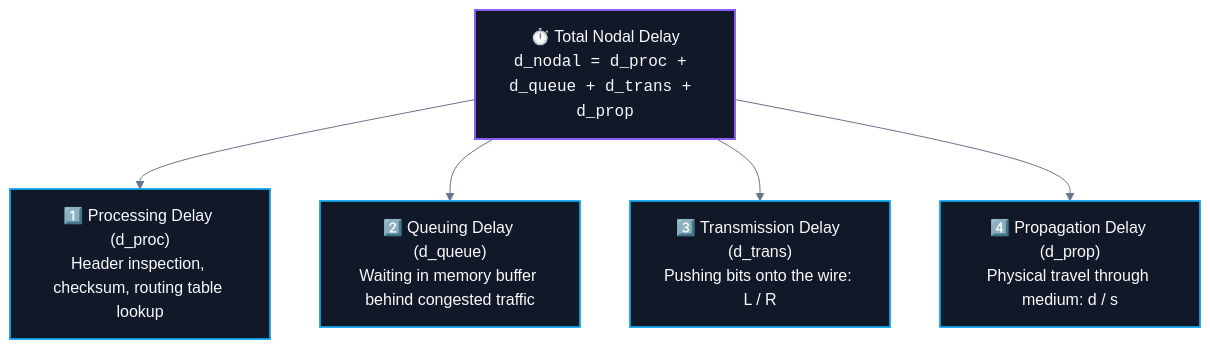
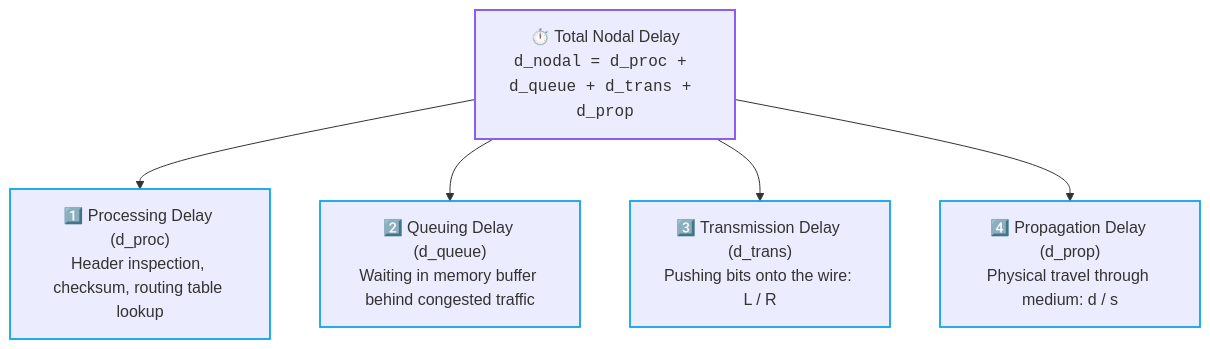
The second of 4 diagrams in CS/Computer Networking/01. Architecture & Fundamentals/04. Network Performance - Delay, Latency, Throughput.md (abhinavbharti2345/CS_Notes), drawn with Mermaid before and after one commit. The commit also changed other lines of this file and 91 other files, not shown here.

````diff
--- a/CS/Computer Networking/01. Architecture & Fundamentals/04. Network Performance - Delay, Latency, Throughput.md
+++ b/CS/Computer Networking/01. Architecture & Fundamentals/04. Network Performance - Delay, Latency, Throughput.md
@@ -58,15 +57,14 @@
 ```mermaid
-%%{init: {'theme': 'base', 'themeVariables': { 'darkMode': true, 'background': '#0B0F14', 'mainBkg': '#111827', 'primaryColor': '#111827', 'primaryTextColor': '#F8FAFC', 'primaryBorderColor': '#38BDF8', 'lineColor': '#64748B', 'secondaryColor': '#0B0F14', 'tertiaryColor': '#0B0F14', 'clusterBkg': '#0B0F14', 'clusterBorder': '#38BDF8' }}}%%
 flowchart TD
     Total["⏱️ Total Nodal Delay<br/><code>d_nodal = d_proc + d_queue + d_trans + d_prop</code>"]
     
     Total --> P1["1️⃣ Processing Delay (d_proc)<br/>Header inspection, checksum, routing table lookup"]
     Total --> P2["2️⃣ Queuing Delay (d_queue)<br/>Waiting in memory buffer behind congested traffic"]
     Total --> P3["3️⃣ Transmission Delay (d_trans)<br/>Pushing bits onto the wire: L / R"]
     Total --> P4["4️⃣ Propagation Delay (d_prop)<br/>Physical travel through medium: d / s"]
 
-    classDef nodal fill:#111827,stroke:#8b5cf6,stroke-width:2px,color:#F8FAFC;
-    classDef comp fill:#111827,stroke:#0ea5e9,stroke-width:1.8px,color:#F8FAFC;
+    classDef nodal stroke:#8b5cf6,stroke-width:2px;
+    classDef comp stroke:#0ea5e9,stroke-width:1.8px;
     class Total nodal;
     class P1,P2,P3,P4 comp;
 ```
````
